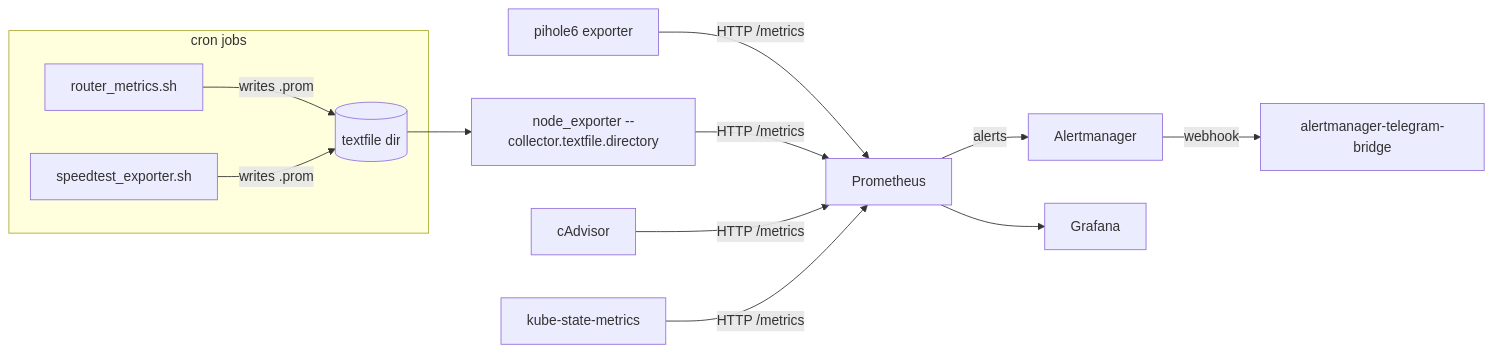
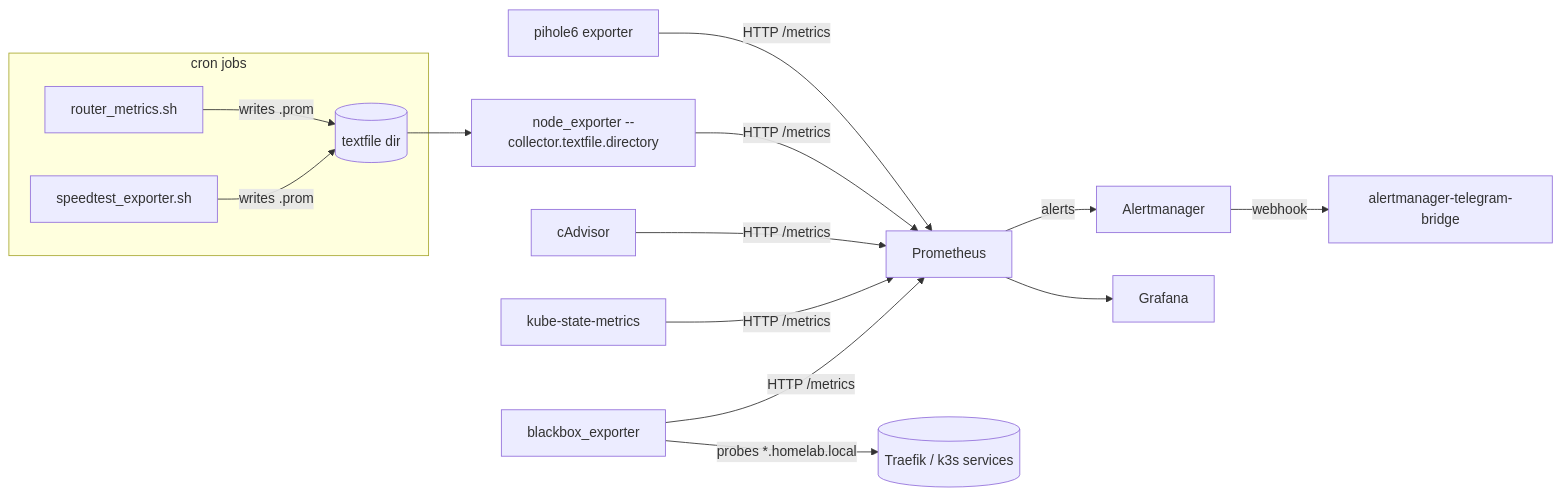
Before and after one commit to bibigon14/homelab-observability: the diagram in README.md, drawn with Mermaid. The commit also changed other lines of this file and 3 other files, not shown here.

First line of the commit message:
feat: add blackbox_exporter for external HTTP/TLS probing

````diff
--- a/README.md
+++ b/README.md
@@ -59,15 +65,17 @@
 ```mermaid
 flowchart LR
     subgraph cron jobs
         R[router_metrics.sh] -->|writes .prom| TF[(textfile dir)]
         S[speedtest_exporter.sh] -->|writes .prom| TF
     end
     TF --> NE[node_exporter --collector.textfile.directory]
     PH[pihole6 exporter] -->|HTTP /metrics| Prom[Prometheus]
     NE -->|HTTP /metrics| Prom
     CA[cAdvisor] -->|HTTP /metrics| Prom
     KSM[kube-state-metrics] -->|HTTP /metrics| Prom
+    BB[blackbox_exporter] -->|probes *.homelab.local| Services[(Traefik / k3s services)]
+    BB -->|HTTP /metrics| Prom
     Prom -->|alerts| AM[Alertmanager]
     AM -->|webhook| Bridge[alertmanager-telegram-bridge]
     Prom --> Graf[Grafana]
 ```
````
